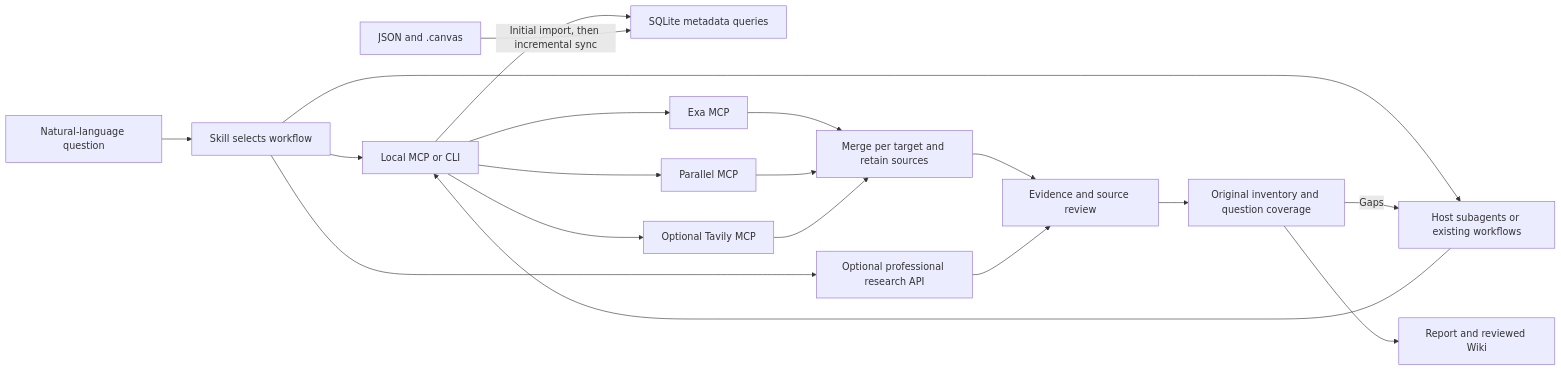
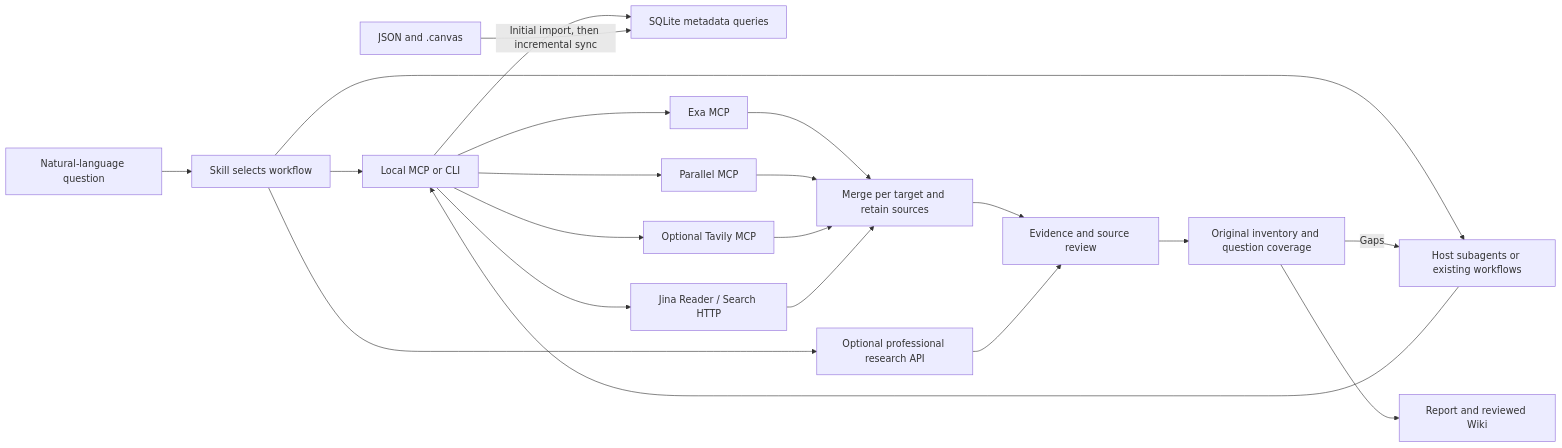
One commit to Browser-bookmark-hub/Bookmark-Research changed the diagram in README.md. Above: the diagram before and after it, drawn with Mermaid. The commit also changed other lines of this file and 27 other files, not shown here.

````diff
--- a/README.md
+++ b/README.md
@@ -87,21 +87,23 @@
 ```mermaid
 flowchart LR
   U[Natural-language question] --> S[Skill selects workflow]
   S --> M[Local MCP or CLI]
   M --> Q[SQLite metadata queries]
   J[JSON and .canvas] -->|Initial import, then incremental sync| Q
   M --> E[Exa MCP]
   M --> P[Parallel MCP]
   M --> T[Optional Tavily MCP]
+  M --> JR[Jina Reader / Search HTTP]
   E --> R[Merge per target and retain sources]
   P --> R
   T --> R
+  JR --> R
   S --> H[Host subagents or existing workflows]
   S --> A[Optional professional research API]
   H --> M
   R --> D[Evidence and source review]
   A --> D
   D --> C[Original inventory and question coverage]
   C -->|Gaps| H
   C --> L[Report and reviewed Wiki]
 ```
````
